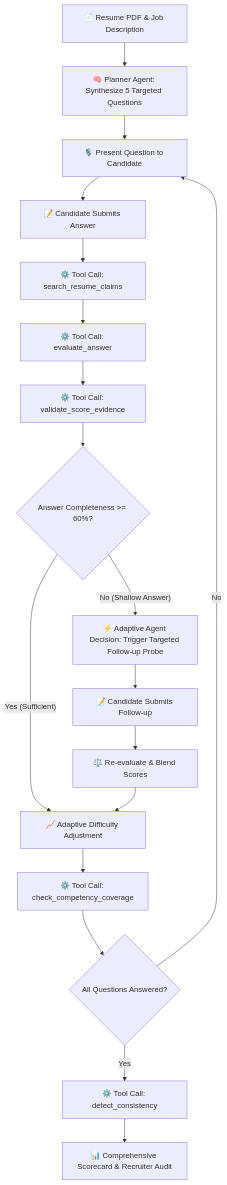
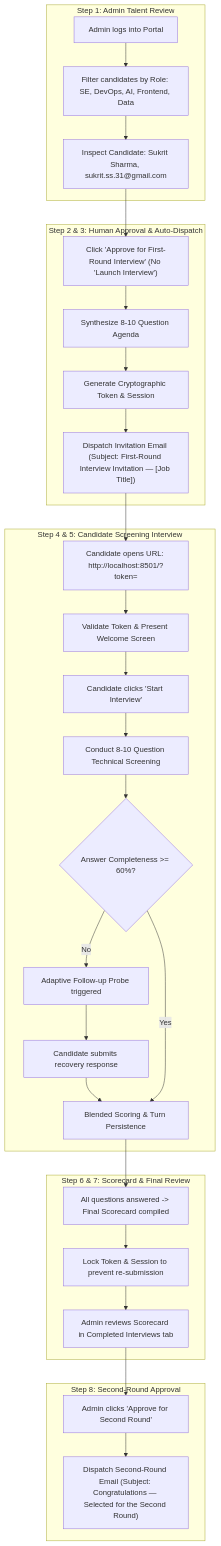
The diagram in interviewpilot-ai/README.md (Abhinav8109/ai-hackthon), drawn with Mermaid before and after one commit. The commit also changed other lines of this file, not shown here.

Commit message:
📝 Update README with enterprise architecture, workflow diagram, and verification test guides

````diff
--- a/interviewpilot-ai/README.md
+++ b/interviewpilot-ai/README.md
@@ -27,20 +38,37 @@
 ```mermaid
 flowchart TD
-    A[📄 Resume PDF & Job Description] --> B[🧠 Planner Agent: Synthesize 5 Targeted Questions]
-    B --> C[🎙️ Present Question to Candidate]
-    C --> D[📝 Candidate Submits Answer]
-    D --> E[⚙️ Tool Call: search_resume_claims]
-    E --> F[⚙️ Tool Call: evaluate_answer]
-    F --> G[⚙️ Tool Call: validate_score_evidence]
-    G --> H{Answer Completeness >= 60%?}
-    H -- "No (Shallow Answer)" --> I[⚡ Adaptive Agent Decision: Trigger Targeted Follow-up Probe]
-    I --> J[📝 Candidate Submits Follow-up]
-    J --> K[⚖️ Re-evaluate & Blend Scores]
-    H -- "Yes (Sufficient)" --> L[📈 Adaptive Difficulty Adjustment]
-    K --> L
-    L --> M[⚙️ Tool Call: check_competency_coverage]
-    M --> N{All Questions Answered?}
-    N -- "No" --> C
-    N -- "Yes" --> O[⚙️ Tool Call: detect_consistency]
-    O --> P[📊 Comprehensive Scorecard & Recruiter Audit]
+    subgraph Step1 ["Step 1: Admin Talent Review"]
+        A[Admin logs into Portal] --> B[Filter candidates by Role: SE, DevOps, AI, Frontend, Data]
+        B --> C[Inspect Candidate: Sukrit Sharma, sukrit.ss.31@gmail.com]
+    end
+
+    subgraph Step2 ["Step 2 & 3: Human Approval & Auto-Dispatch"]
+        C --> D["Click 'Approve for First-Round Interview' (No 'Launch Interview')"]
+        D --> E[Synthesize 8-10 Question Agenda]
+        E --> F[Generate Cryptographic Token & Session]
+        F --> G["Dispatch Invitation Email (Subject: First-Round Interview Invitation — [Job Title])"]
+    end
+
+    subgraph Step4 ["Step 4 & 5: Candidate Screening Interview"]
+        G --> H["Candidate opens URL: http://localhost:8501/?token=<token>"]
+        H --> I[Validate Token & Present Welcome Screen]
+        I --> J[Candidate clicks 'Start Interview']
+        J --> K[Conduct 8-10 Question Technical Screening]
+        K --> L{Answer Completeness >= 60%?}
+        L -- "No" --> M[Adaptive Follow-up Probe triggered]
+        M --> N[Candidate submits recovery response]
+        N --> O[Blended Scoring & Turn Persistence]
+        L -- "Yes" --> O
+    end
+
+    subgraph Step6 ["Step 6 & 7: Scorecard & Final Review"]
+        O --> P[All questions answered -> Final Scorecard compiled]
+        P --> Q[Lock Token & Session to prevent re-submission]
+        Q --> R[Admin reviews Scorecard in Completed Interviews tab]
+    end
+
+    subgraph Step8 ["Step 8: Second-Round Approval"]
+        R --> S["Admin clicks 'Approve for Second Round'"]
+        S --> T["Dispatch Second-Round Email (Subject: Congratulations — Selected for the Second Round)"]
+    end
 ```
````
